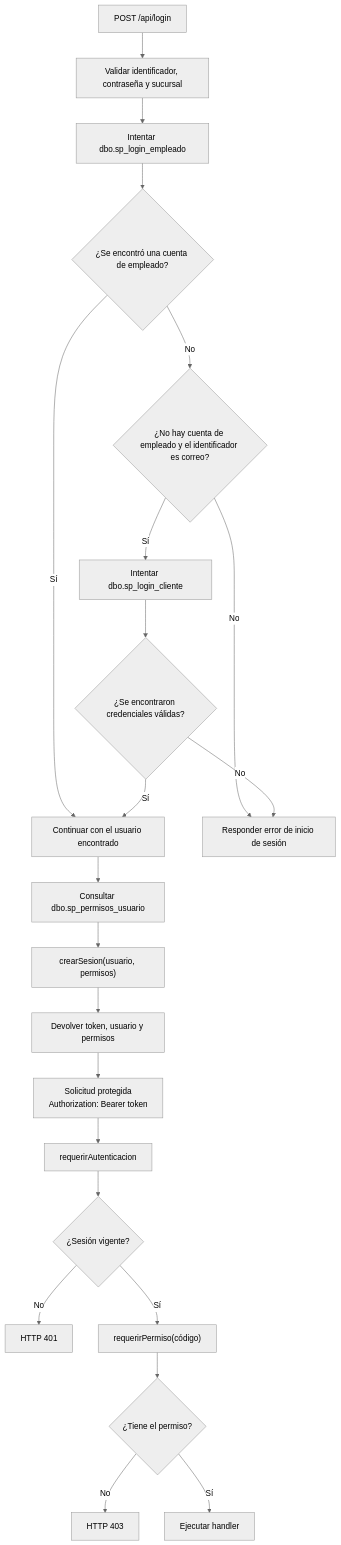
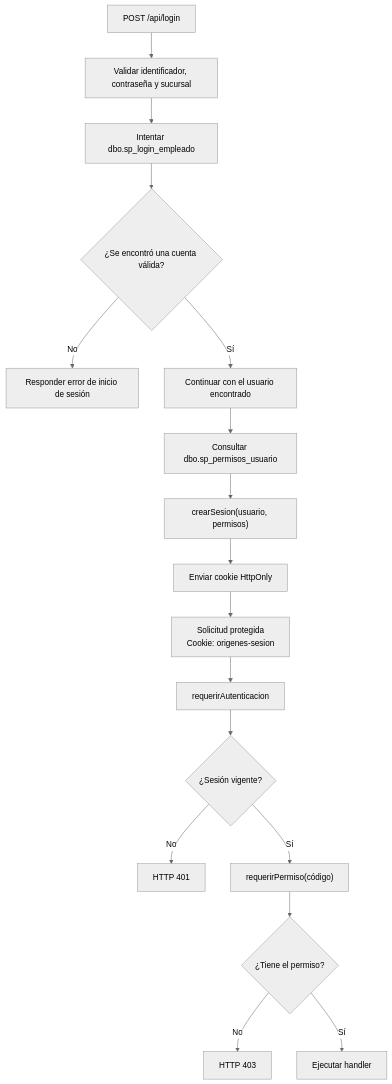
One commit to Daniellopez28/Proyecto_de_catedra_web changed the third of 7 diagrams in Backend/README.md. Above: the diagram before and after it, drawn with Mermaid (neutral theme). The commit also changed other lines of this file and 11 other files, not shown here.

````diff
--- a/Backend/README.md
+++ b/Backend/README.md
@@ -206,24 +208,19 @@
 ```mermaid
 flowchart TD
     LOGIN["POST /api/login"] --> VALIDATE["Validar identificador, contraseña y sucursal"]
     VALIDATE --> EMPLOYEE["Intentar dbo.sp_login_empleado"]
-    EMPLOYEE --> EMPLOYEE_FOUND{"¿Se encontró una cuenta de empleado?"}
+    EMPLOYEE --> EMPLOYEE_FOUND{"¿Se encontró una cuenta válida?"}
+    EMPLOYEE_FOUND -->|No| ELOGIN["Responder error de inicio de sesión"]
     EMPLOYEE_FOUND -->|Sí| FOUND["Continuar con el usuario encontrado"]
-    EMPLOYEE_FOUND -->|No| CLIENT_ALLOWED{"¿No hay cuenta de empleado y el identificador es correo?"}
-    CLIENT_ALLOWED -->|No| ELOGIN["Responder error de inicio de sesión"]
-    CLIENT_ALLOWED -->|Sí| CLIENT["Intentar dbo.sp_login_cliente"]
-    CLIENT --> CLIENT_FOUND{"¿Se encontraron credenciales válidas?"}
-    CLIENT_FOUND -->|No| ELOGIN
-    CLIENT_FOUND -->|Sí| FOUND
     FOUND --> PERMS["Consultar dbo.sp_permisos_usuario"]
     PERMS --> CREATE["crearSesion(usuario, permisos)"]
-    CREATE --> TOKEN["Devolver token, usuario y permisos"]
-    TOKEN --> REQUEST["Solicitud protegida<br/>Authorization: Bearer token"]
+    CREATE --> COOKIE["Enviar cookie HttpOnly"]
+    COOKIE --> REQUEST["Solicitud protegida<br/>Cookie: origenes-sesion"]
     REQUEST --> AUTH["requerirAutenticacion"]
     AUTH --> VALID{"¿Sesión vigente?"}
     VALID -->|No| E401["HTTP 401"]
     VALID -->|Sí| REQUIRE["requerirPermiso(código)"]
     REQUIRE --> HAS{"¿Tiene el permiso?"}
     HAS -->|No| E403["HTTP 403"]
     HAS -->|Sí| HANDLER["Ejecutar handler"]
 ```
````
